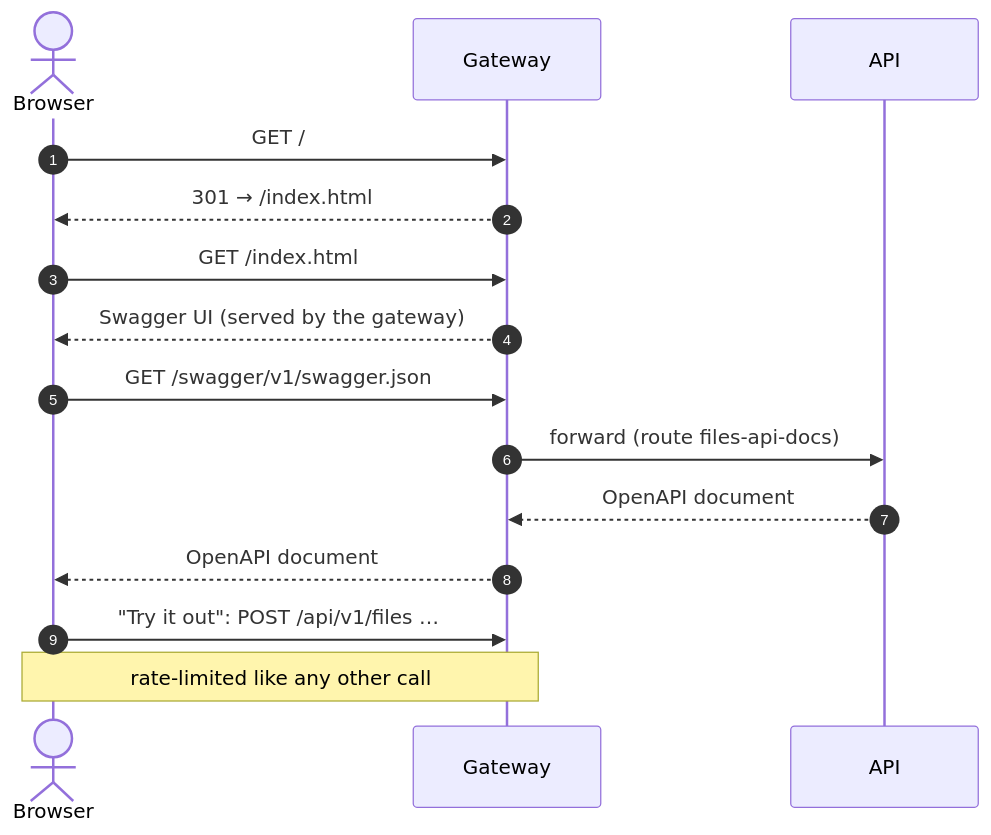
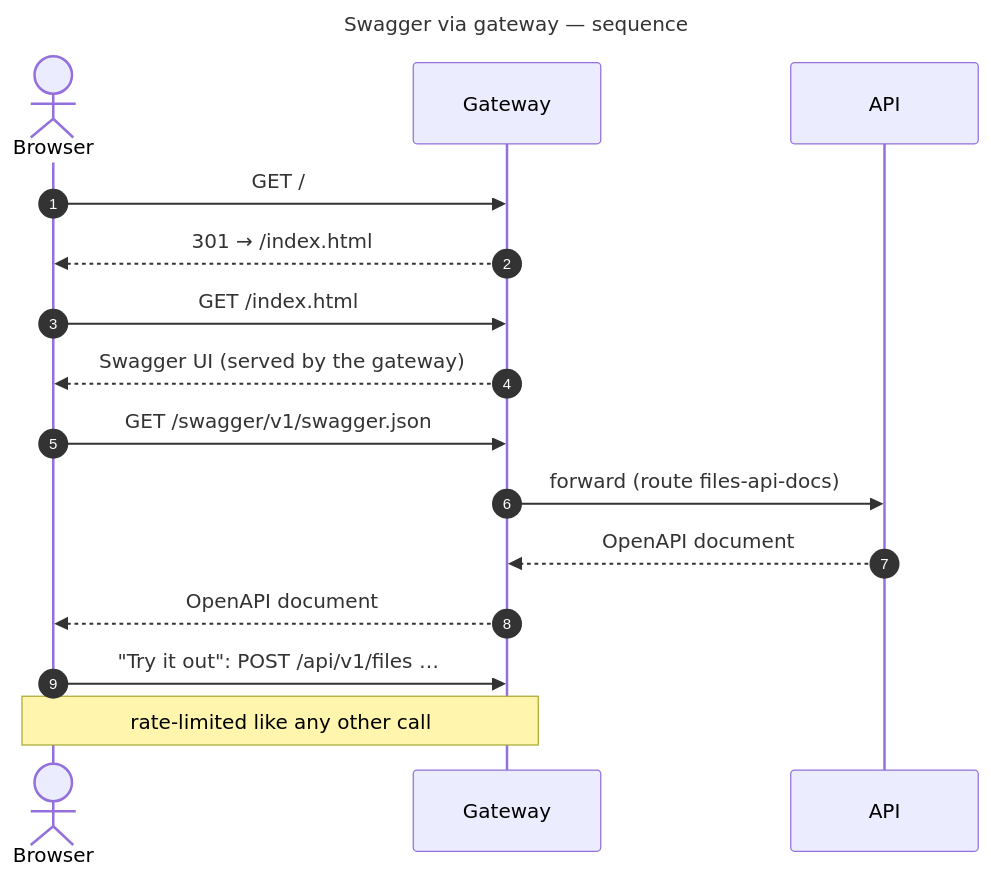
One commit to gmetskhvarishvili/GM.FileStorage.Samples changed diagram 14 of 14 in docs/sequence-diagrams.md. Above: the diagram before and after it, drawn with Mermaid. The commit also changed other lines of this file and 7 other files, not shown here.

First line of the commit message:
docs: name every diagram "subject — kind" and index them

````diff
--- a/docs/sequence-diagrams.md
+++ b/docs/sequence-diagrams.md
@@ -434,18 +471,21 @@
 ```mermaid
+---
+title: Swagger via gateway — sequence
+---
 sequenceDiagram
     autonumber
     actor B as Browser
     participant G as Gateway
     participant API
 
     B->>G: GET /
     G-->>B: 301 → /index.html
     B->>G: GET /index.html
     G-->>B: Swagger UI (served by the gateway)
     B->>G: GET /swagger/v1/swagger.json
     G->>API: forward (route files-api-docs)
     API-->>G: OpenAPI document
     G-->>B: OpenAPI document
     B->>G: "Try it out": POST /api/v1/files …
     Note over B,G: rate-limited like any other call
 ```
````
